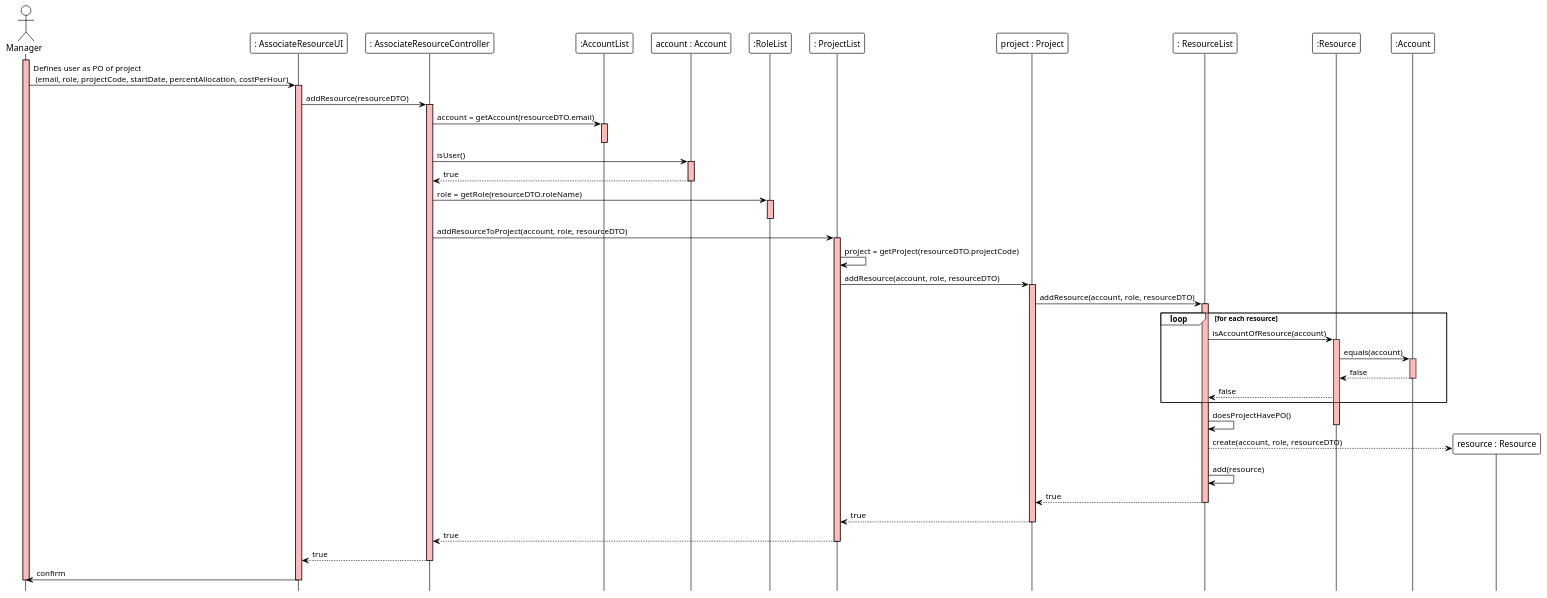
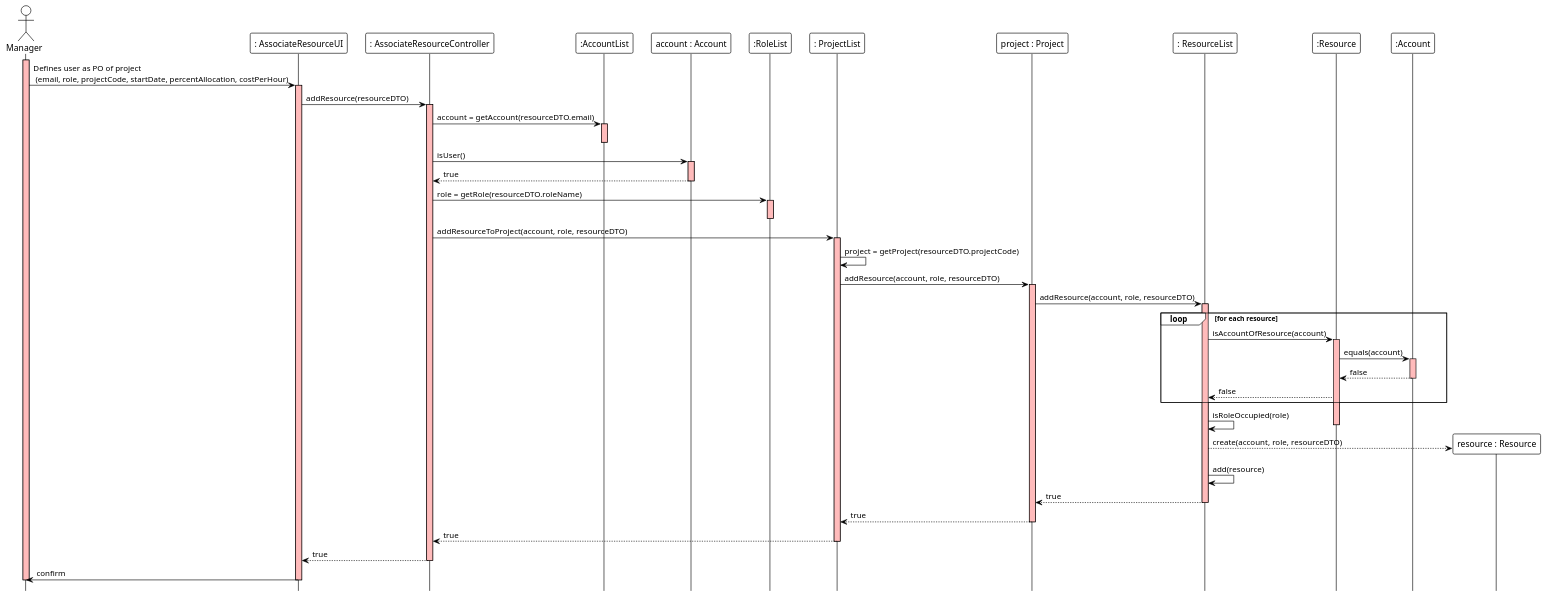
One commit to ivo-menezes/project_g3 changed the diagram in docs/modelling_design/user_stories/us012/US012_DefinePOofProjectSD.puml. Above: the diagram before and after it, drawn with PlantUML. The commit also changed 1 other file, not shown here.

Commit message:
US012: Design: update System Diagram and add Class Diagram

```diff
--- a/docs/modelling_design/user_stories/us012/US012_DefinePOofProjectSD.puml
+++ b/docs/modelling_design/user_stories/us012/US012_DefinePOofProjectSD.puml
@@ -1,82 +1,82 @@
 @startuml
 !theme plain
 hide footbox
 
 Actor Manager
 participant ": AssociateResourceUI" as UI
 participant ": AssociateResourceController" as Controller
 participant ":AccountList" as AccountList
 participant "account : Account" as account
 participant ":RoleList" as RoleList
 participant ": ProjectList" as ProjectList
 participant "project : Project" as project
 participant ": ResourceList" as ResourceList
 participant ":Resource" as ResourceClass
 participant ":Account" as AccountClass
 participant "resource : Resource" as resource
 
 activate Manager #FFBBBB
 Manager -> UI : Defines user as PO of project\n (email, role, projectCode, startDate, percentAllocation, costPerHour)
 
 activate UI #FFBBBB
 UI -> Controller : addResource(resourceDTO)
 
 activate Controller #FFBBBB
 Controller -> AccountList : account = getAccount(resourceDTO.email)
 activate AccountList #FFBBBB
 deactivate AccountList
 
 Controller -> account : isUser()
 activate account #FFBBBB
 account --> Controller : true
 deactivate account
 
 Controller -> RoleList : role = getRole(resourceDTO.roleName)
 activate RoleList #FFBBBB
 deactivate RoleList
 
 Controller -> ProjectList : addResourceToProject(account, role, resourceDTO)
 
 activate ProjectList #FFBBBB
 ProjectList -> ProjectList : project = getProject(resourceDTO.projectCode)
 ProjectList -> project : addResource(account, role, resourceDTO)
 
 activate project #FFBBBB
 project -> ResourceList : addResource(account, role, resourceDTO)
 
 activate ResourceList #FFBBBB
 
 loop for each resource
 ResourceList -> ResourceClass : isAccountOfResource(account)
 activate ResourceClass #FFBBBB
 ResourceClass -> AccountClass : equals(account)
 activate AccountClass #FFBBBB
 AccountClass --> ResourceClass : false
 deactivate AccountClass
 ResourceClass --> ResourceList: false
 end
 
-ResourceList -> ResourceList: doesProjectHavePO()
+ResourceList -> ResourceList: isRoleOccupied(role)
 
 deactivate ResourceClass
 
 ResourceList --> resource ** : create(account, role, resourceDTO)
 ResourceList -> ResourceList : add(resource)
 ResourceList --> project: true
 deactivate ResourceList
 
 project --> ProjectList: true
 deactivate project
 
 ProjectList --> Controller : true
 deactivate ProjectList
 
 Controller --> UI : true
 deactivate Controller
 
 UI -> Manager : confirm
 deactivate UI
 
 deactivate Manager
 
 @enduml
```
